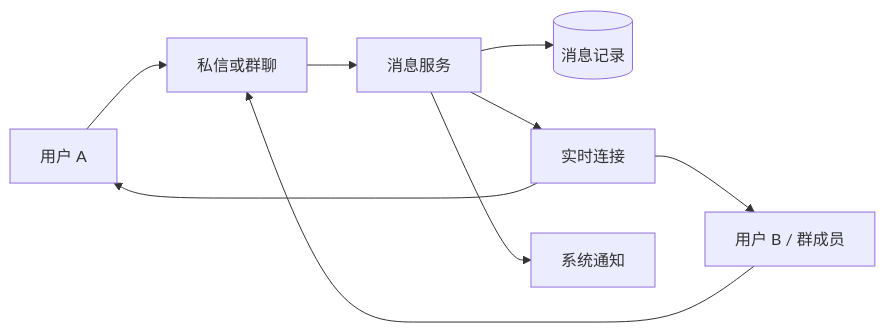
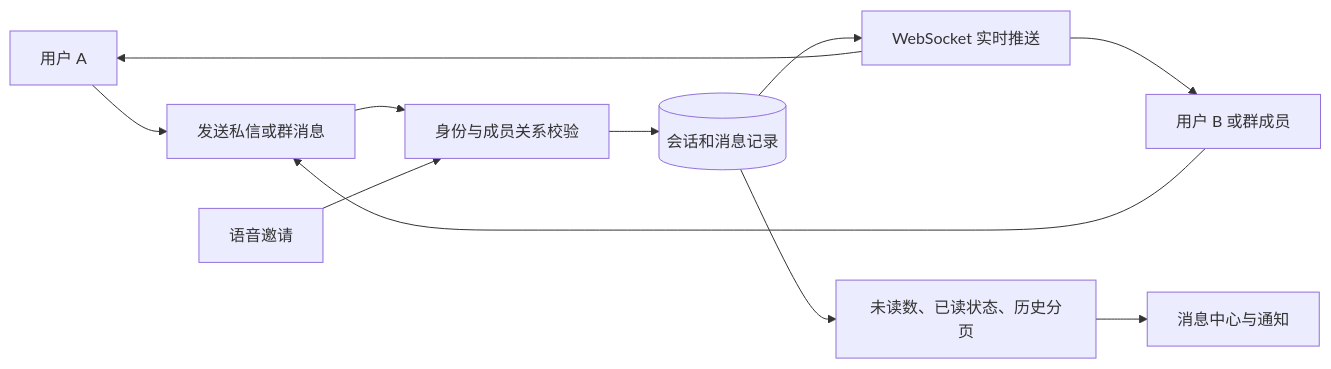
One commit to pluchon/mengmeng_forum changed the sixth of 13 diagrams in README.md. Above: the diagram before and after it, drawn with Mermaid. The commit also changed other lines of this file, not shown here.

Commit message:
docs: 细化项目模块流程图

````diff
--- a/README.md
+++ b/README.md
@@ -118,11 +135,13 @@
 ```mermaid
 flowchart LR
-  U1["用户 A"] --> M["私信或群聊"]
-  U2["用户 B / 群成员"] --> M
-  M --> S["消息服务"]
-  S --> DB[("消息记录")]
-  S --> W["实时连接"]
-  W --> U1
-  W --> U2
-  S --> N["系统通知"]
+  U1["用户 A"] --> SEND["发送私信或群消息"]
+  U2["用户 B 或群成员"] --> SEND
+  SEND --> AUTH["身份与成员关系校验"]
+  AUTH --> DB[("会话和消息记录")]
+  DB --> WS["WebSocket 实时推送"]
+  WS --> U1
+  WS --> U2
+  DB --> READ["未读数、已读状态、历史分页"]
+  READ --> N["消息中心与通知"]
+  VC["语音邀请"] --> AUTH
 ```
````
